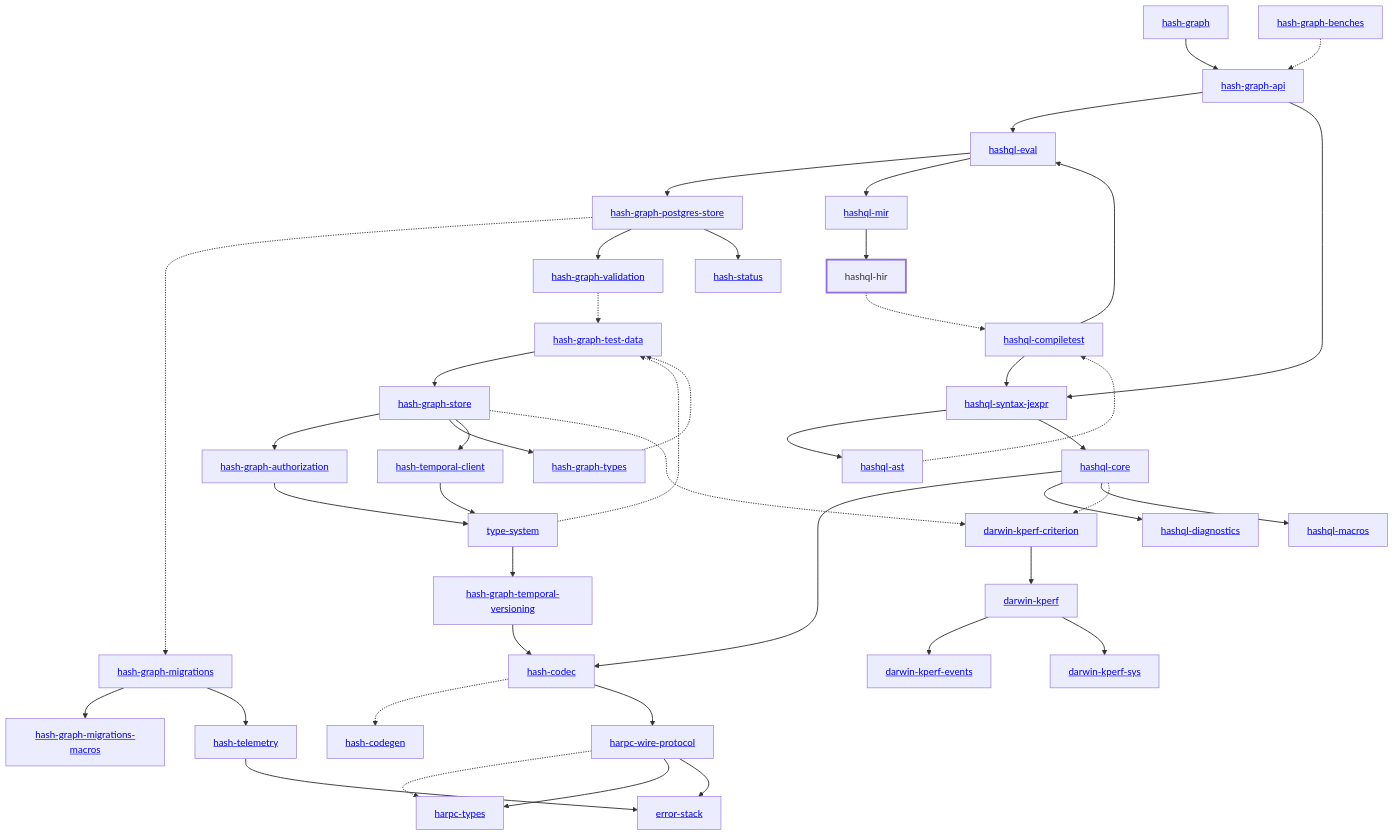
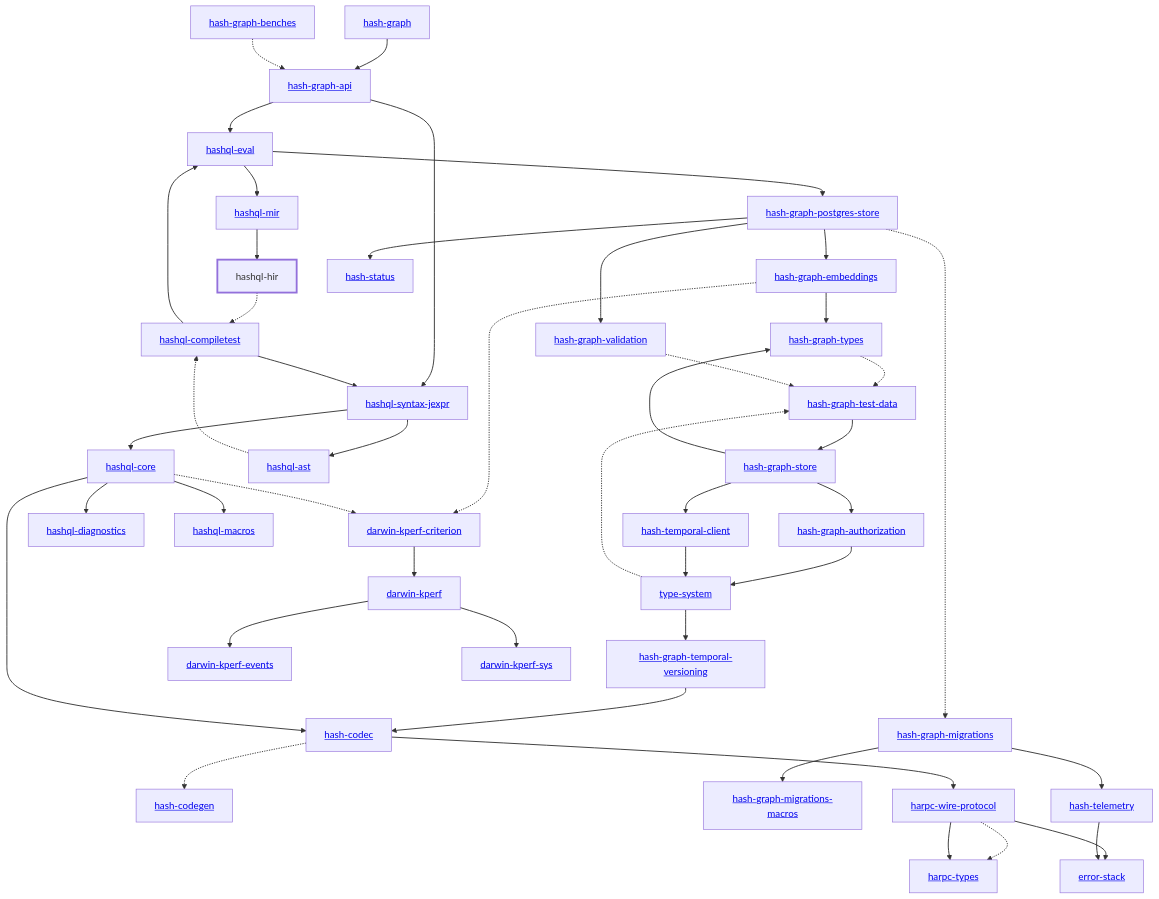
The diagram in libs/@local/hashql/hir/docs/dependency-diagram.mmd (hashintel/hash), drawn with Mermaid before and after one commit. The commit also changed 26 other files, not shown here.

```diff
--- a/libs/@local/hashql/hir/docs/dependency-diagram.mmd
+++ b/libs/@local/hashql/hir/docs/dependency-diagram.mmd
@@ -1,88 +1,91 @@
 graph TD
     linkStyle default stroke-width:1.5px
     classDef default stroke-width:1px
     classDef root stroke-width:3px
     classDef dev stroke-width:1px
     classDef build stroke-width:1px
     %% Legend
     %% --> : Normal dependency
     %% -.-> : Dev dependency
     %% ---> : Build dependency
     0[<a href="../hash_graph/index.html">hash-graph</a>]
     1[<a href="../type_system/index.html">type-system</a>]
     2[<a href="../hash_codec/index.html">hash-codec</a>]
     3[<a href="../hash_codegen/index.html">hash-codegen</a>]
     4[<a href="../hash_graph_api/index.html">hash-graph-api</a>]
     5[<a href="../hash_graph_authorization/index.html">hash-graph-authorization</a>]
-    6[<a href="../hash_graph_migrations/index.html">hash-graph-migrations</a>]
-    7[<a href="../hash_graph_migrations_macros/index.html">hash-graph-migrations-macros</a>]
-    8[<a href="../hash_graph_postgres_store/index.html">hash-graph-postgres-store</a>]
-    9[<a href="../hash_graph_store/index.html">hash-graph-store</a>]
-    10[<a href="../hash_graph_temporal_versioning/index.html">hash-graph-temporal-versioning</a>]
-    11[<a href="../hash_graph_types/index.html">hash-graph-types</a>]
-    12[<a href="../hash_graph_validation/index.html">hash-graph-validation</a>]
-    13[<a href="../harpc_types/index.html">harpc-types</a>]
-    14[<a href="../harpc_wire_protocol/index.html">harpc-wire-protocol</a>]
-    15[<a href="../hashql_ast/index.html">hashql-ast</a>]
-    16[<a href="../hashql_compiletest/index.html">hashql-compiletest</a>]
-    17[<a href="../hashql_core/index.html">hashql-core</a>]
-    18[<a href="../hashql_diagnostics/index.html">hashql-diagnostics</a>]
-    19[<a href="../hashql_eval/index.html">hashql-eval</a>]
-    20[hashql-hir]
-    class 20 root
-    21[<a href="../hashql_macros/index.html">hashql-macros</a>]
-    22[<a href="../hashql_mir/index.html">hashql-mir</a>]
-    23[<a href="../hashql_syntax_jexpr/index.html">hashql-syntax-jexpr</a>]
-    24[<a href="../hash_status/index.html">hash-status</a>]
-    25[<a href="../hash_telemetry/index.html">hash-telemetry</a>]
-    26[<a href="../hash_temporal_client/index.html">hash-temporal-client</a>]
-    27[<a href="../darwin_kperf/index.html">darwin-kperf</a>]
-    28[<a href="../darwin_kperf_criterion/index.html">darwin-kperf-criterion</a>]
-    29[<a href="../darwin_kperf_events/index.html">darwin-kperf-events</a>]
-    30[<a href="../darwin_kperf_sys/index.html">darwin-kperf-sys</a>]
-    31[<a href="../error_stack/index.html">error-stack</a>]
-    32[<a href="../hash_graph_benches/index.html">hash-graph-benches</a>]
-    33[<a href="../hash_graph_test_data/index.html">hash-graph-test-data</a>]
+    6[<a href="../hash_graph_embeddings/index.html">hash-graph-embeddings</a>]
+    7[<a href="../hash_graph_migrations/index.html">hash-graph-migrations</a>]
+    8[<a href="../hash_graph_migrations_macros/index.html">hash-graph-migrations-macros</a>]
+    9[<a href="../hash_graph_postgres_store/index.html">hash-graph-postgres-store</a>]
+    10[<a href="../hash_graph_store/index.html">hash-graph-store</a>]
+    11[<a href="../hash_graph_temporal_versioning/index.html">hash-graph-temporal-versioning</a>]
+    12[<a href="../hash_graph_types/index.html">hash-graph-types</a>]
+    13[<a href="../hash_graph_validation/index.html">hash-graph-validation</a>]
+    14[<a href="../harpc_types/index.html">harpc-types</a>]
+    15[<a href="../harpc_wire_protocol/index.html">harpc-wire-protocol</a>]
+    16[<a href="../hashql_ast/index.html">hashql-ast</a>]
+    17[<a href="../hashql_compiletest/index.html">hashql-compiletest</a>]
+    18[<a href="../hashql_core/index.html">hashql-core</a>]
+    19[<a href="../hashql_diagnostics/index.html">hashql-diagnostics</a>]
+    20[<a href="../hashql_eval/index.html">hashql-eval</a>]
+    21[hashql-hir]
+    class 21 root
+    22[<a href="../hashql_macros/index.html">hashql-macros</a>]
+    23[<a href="../hashql_mir/index.html">hashql-mir</a>]
+    24[<a href="../hashql_syntax_jexpr/index.html">hashql-syntax-jexpr</a>]
+    25[<a href="../hash_status/index.html">hash-status</a>]
+    26[<a href="../hash_telemetry/index.html">hash-telemetry</a>]
+    27[<a href="../hash_temporal_client/index.html">hash-temporal-client</a>]
+    28[<a href="../darwin_kperf/index.html">darwin-kperf</a>]
+    29[<a href="../darwin_kperf_criterion/index.html">darwin-kperf-criterion</a>]
+    30[<a href="../darwin_kperf_events/index.html">darwin-kperf-events</a>]
+    31[<a href="../darwin_kperf_sys/index.html">darwin-kperf-sys</a>]
+    32[<a href="../error_stack/index.html">error-stack</a>]
+    33[<a href="../hash_graph_benches/index.html">hash-graph-benches</a>]
+    34[<a href="../hash_graph_test_data/index.html">hash-graph-test-data</a>]
     0 --> 4
-    1 --> 10
-    1 -.-> 33
+    1 --> 11
+    1 -.-> 34
     2 -.-> 3
-    2 --> 14
-    4 --> 19
-    4 --> 23
+    2 --> 15
+    4 --> 20
+    4 --> 24
     5 --> 1
-    6 --> 7
-    6 --> 25
-    8 -.-> 6
-    8 --> 12
-    8 --> 24
-    9 --> 5
-    9 --> 11
-    9 --> 26
-    9 -.-> 28
-    10 --> 2
-    11 -.-> 33
-    12 -.-> 33
-    14 -.-> 13
-    14 --> 13
-    14 --> 31
-    15 -.-> 16
-    16 --> 19
-    16 --> 23
-    17 --> 2
-    17 --> 18
-    17 --> 21
-    17 -.-> 28
-    19 --> 8
-    19 --> 22
-    20 -.-> 16
-    22 --> 20
-    23 --> 15
-    23 --> 17
-    25 --> 31
-    26 --> 1
-    27 --> 29
-    27 --> 30
-    28 --> 27
-    32 -.-> 4
-    33 --> 9
+    6 --> 12
+    6 -.-> 29
+    7 --> 8
+    7 --> 26
+    9 --> 6
+    9 -.-> 7
+    9 --> 13
+    9 --> 25
+    10 --> 5
+    10 --> 12
+    10 --> 27
+    11 --> 2
+    12 -.-> 34
+    13 -.-> 34
+    15 -.-> 14
+    15 --> 14
+    15 --> 32
+    16 -.-> 17
+    17 --> 20
+    17 --> 24
+    18 --> 2
+    18 --> 19
+    18 --> 22
+    18 -.-> 29
+    20 --> 9
+    20 --> 23
+    21 -.-> 17
+    23 --> 21
+    24 --> 16
+    24 --> 18
+    26 --> 32
+    27 --> 1
+    28 --> 30
+    28 --> 31
+    29 --> 28
+    33 -.-> 4
+    34 --> 10
```
